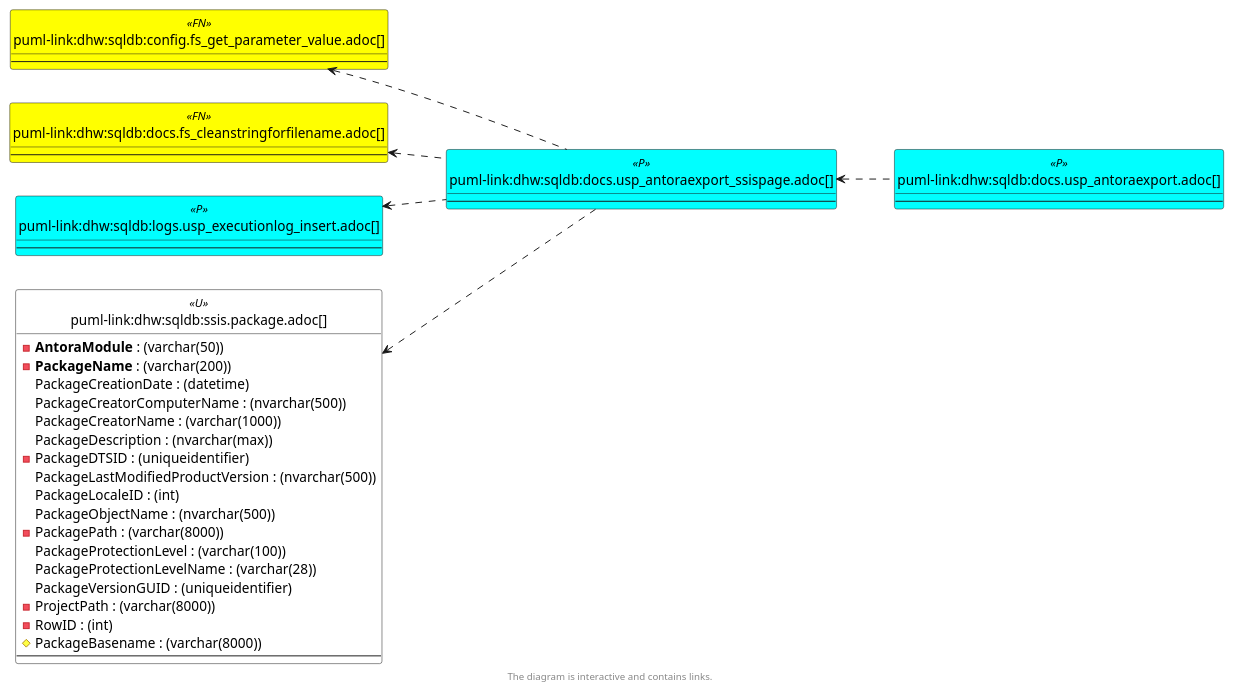
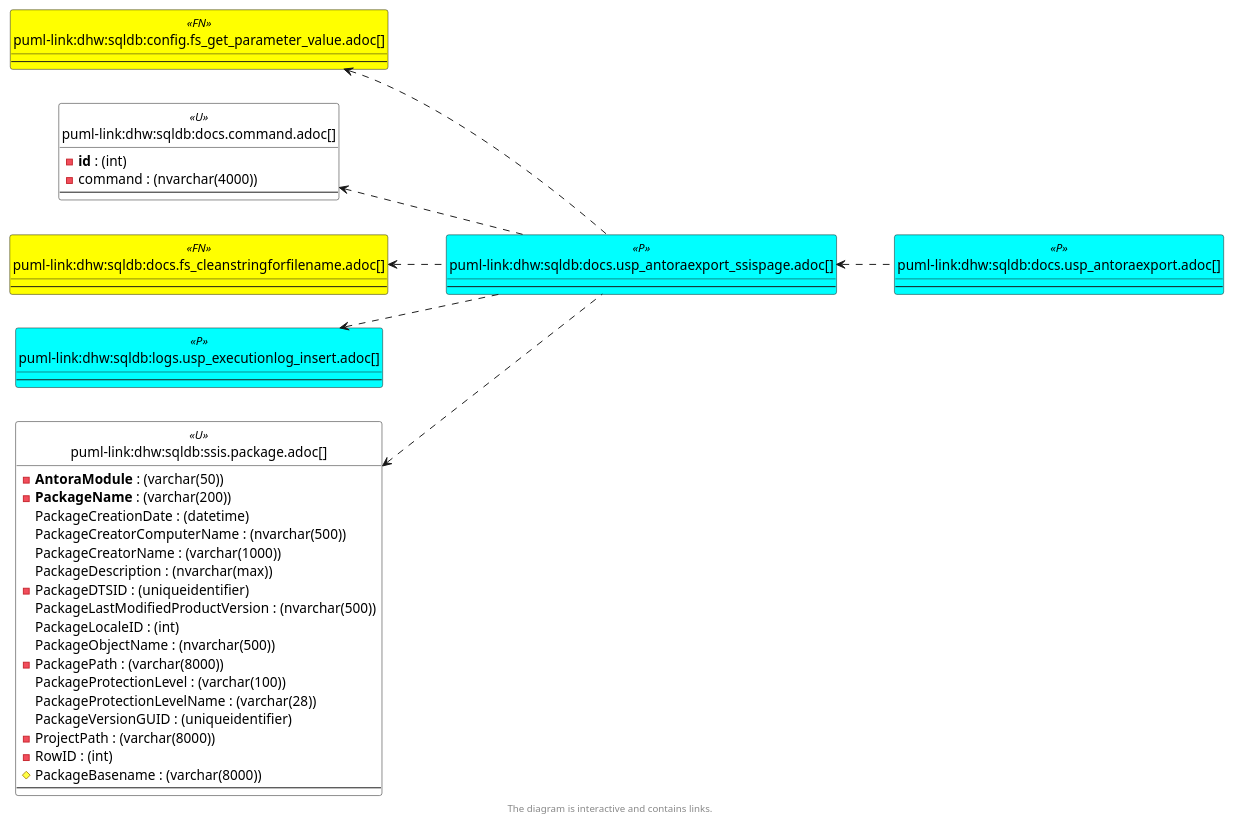
Before and after one commit to DataHandwerk/dhw-antora-sqldb: the sixth of 6 diagrams in docs/modules/sqldb/partials/content/docs.usp_antoraexport_ssispage.adoc, drawn with PlantUML. The commit also changed other lines of this file and 701 other files, not shown here.

```diff
--- a/docs/modules/sqldb/partials/content/docs.usp_antoraexport_ssispage.adoc
+++ b/docs/modules/sqldb/partials/content/docs.usp_antoraexport_ssispage.adoc
@@ -897,6 +915,12 @@
 
 
 entity "puml-link:dhw:sqldb:config.fs_get_parameter_value.adoc[]" as config.fs_get_parameter_value << FN >> {
+  --
+}
+
+entity "puml-link:dhw:sqldb:docs.command.adoc[]" as docs.command << U >> {
+  - **id** : (int)
+  - command : (nvarchar(4000))
   --
 }
 
@@ -938,6 +962,7 @@
 }
 
 config.fs_get_parameter_value <.. docs.usp_AntoraExport_SsisPage
+docs.command <.. docs.usp_AntoraExport_SsisPage
 docs.fs_cleanStringForFilename <.. docs.usp_AntoraExport_SsisPage
 docs.usp_AntoraExport_SsisPage <.. docs.usp_AntoraExport
 logs.usp_ExecutionLog_insert <.. docs.usp_AntoraExport_SsisPage
```
